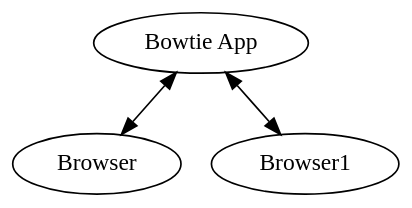
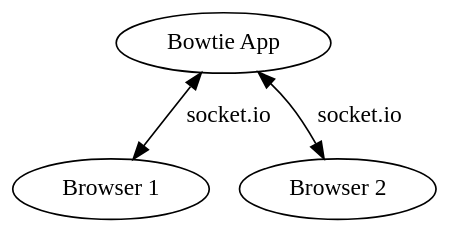
The diagram in doc/architecture.rst (jwkvam/bowtie), drawn with Graphviz before and after one commit. The commit also changed other lines of this file, not shown here.

Commit message:
adding some docs about system architecture

```diff
--- a/doc/architecture.rst
+++ b/doc/architecture.rst
@@ -11,6 +11,6 @@
 .. graphviz::
 
     digraph foo {
-        "Bowtie App" -> {"Browser";"Browser";"Browser";Browser1} [dir="both"];
+        "Bowtie App" -> {"Browser 1";"Browser 2"} [dir="both",label="socket.io"];
         bgcolor="transparent";
     }
```
